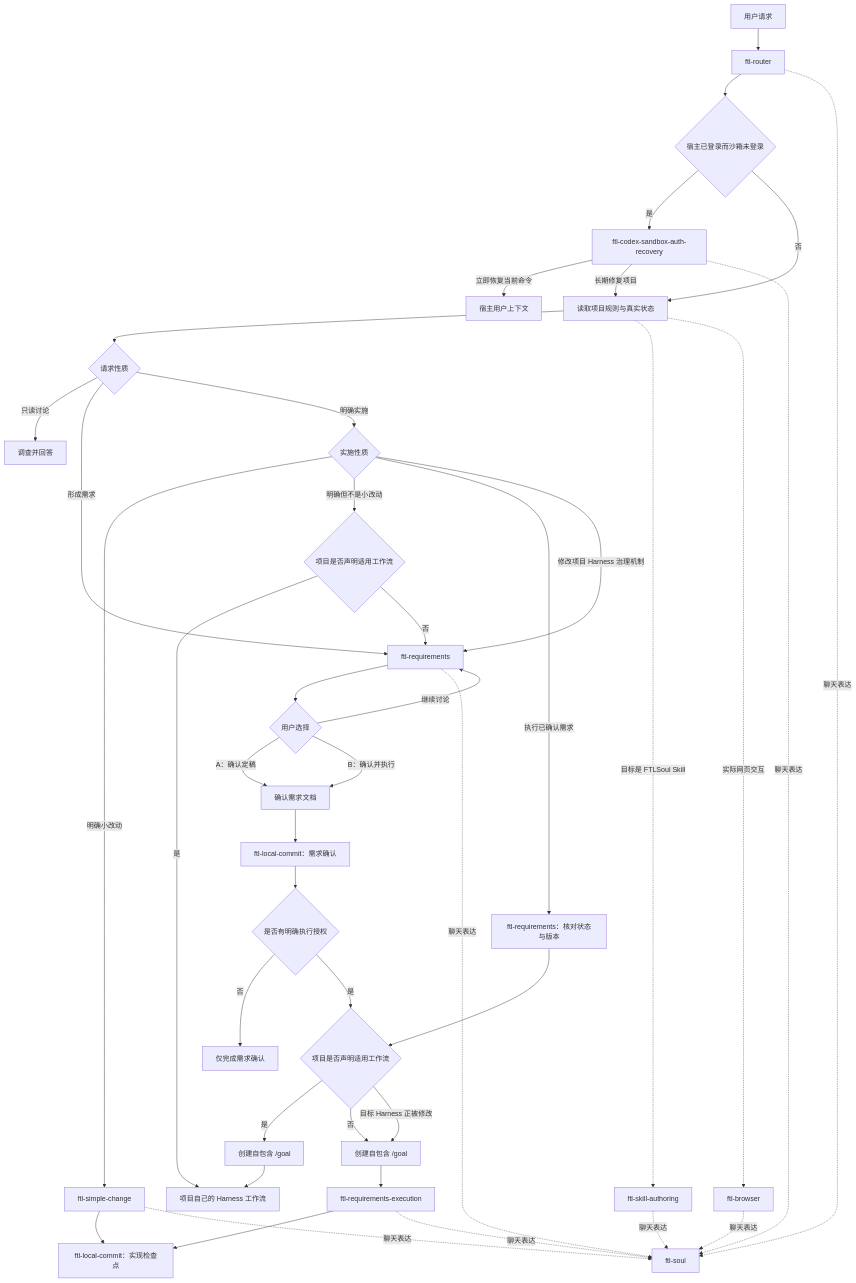
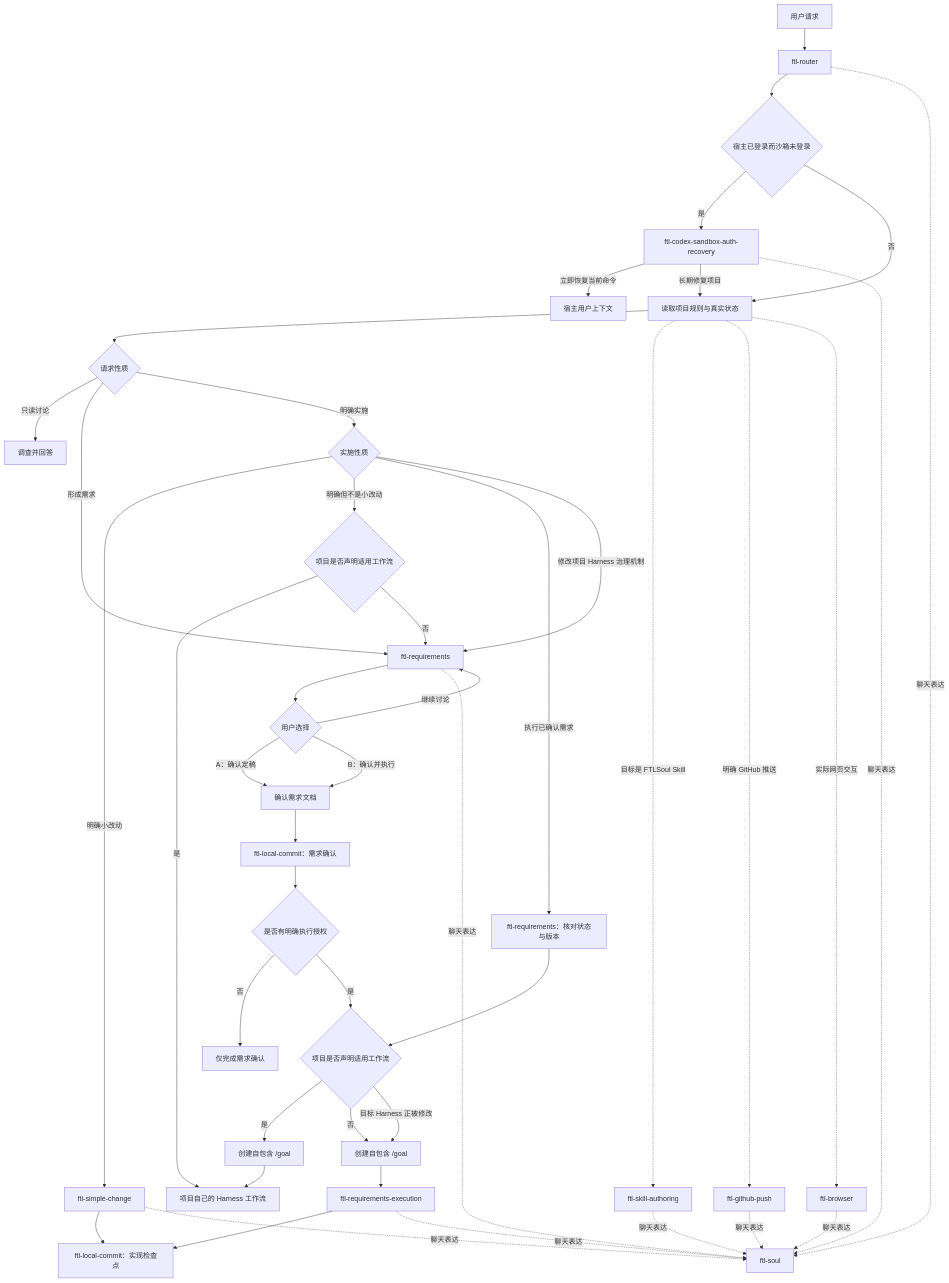
Before and after one commit to ContinuumFTL/FTLSoulSkill: the diagram in README.md, drawn with Mermaid. The commit also changed other lines of this file and 4 other files, not shown here.

Commit message:
feat(skill): add safe GitHub push workflow

````diff
--- a/README.md
+++ b/README.md
@@ -26,51 +27,53 @@
 ```mermaid
 flowchart TD
     U[用户请求] --> R[ftl-router]
     R --> CA{宿主已登录而沙箱未登录}
     CA -->|是| AR[ftl-codex-sandbox-auth-recovery]
     CA -->|否| P[读取项目规则与真实状态]
     AR -->|立即恢复当前命令| HR[宿主用户上下文]
     AR -->|长期修复项目| P
     P --> K{请求性质}
     P -.目标是 FTLSoul Skill.-> SA[ftl-skill-authoring]
+    P -.明确 GitHub 推送.-> GP[ftl-github-push]
 
     K -->|只读讨论| A[调查并回答]
     K -->|形成需求| Q[ftl-requirements]
     K -->|明确实施| I{实施性质}
 
     I -->|明确小改动| S[ftl-simple-change]
     I -->|明确但不是小改动| NW{项目是否声明适用工作流}
     I -->|执行已确认需求| V[ftl-requirements：核对状态与版本]
     I -->|修改项目 Harness 治理机制| Q
 
     NW -->|是| H
     NW -->|否| Q
     V --> W{项目是否声明适用工作流}
 
     Q --> C{用户选择}
     C -->|继续讨论| Q
     C -->|A：确认定稿| D[确认需求文档]
     C -->|B：确认并执行| D
     D --> LC[ftl-local-commit：需求确认]
     LC --> X{是否有明确执行授权}
     X -->|否| Z[仅完成需求确认]
     X -->|是| W
 
     W -->|是| GH[创建自包含 /goal]
     W -->|否| GE[创建自包含 /goal]
     W -->|目标 Harness 正被修改| GE
     GH --> H[项目自己的 Harness 工作流]
     GE --> E[ftl-requirements-execution]
 
     S --> L[ftl-local-commit：实现检查点]
     E --> L
 
     P -.实际网页交互.-> B[ftl-browser]
     R -.聊天表达.-> N[ftl-soul]
     AR -.聊天表达.-> N
     B -.聊天表达.-> N
+    GP -.聊天表达.-> N
     SA -.聊天表达.-> N
     S -.聊天表达.-> N
     Q -.聊天表达.-> N
     E -.聊天表达.-> N
 ```
````
